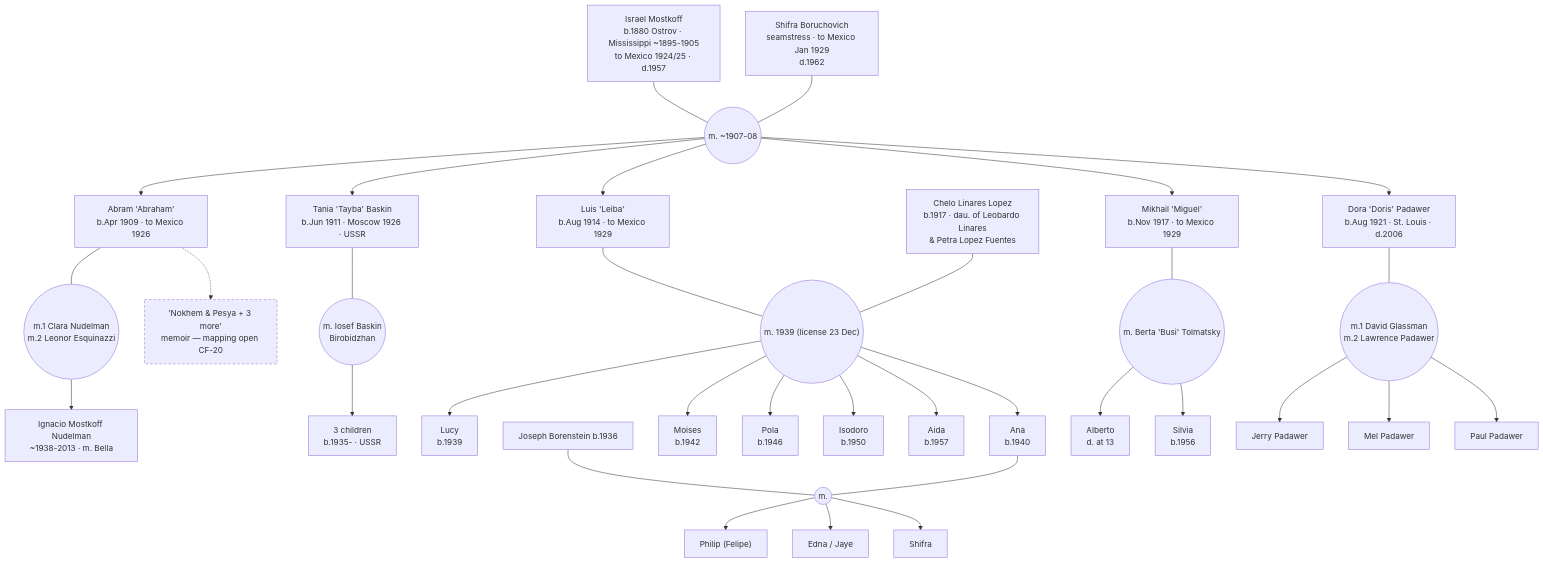
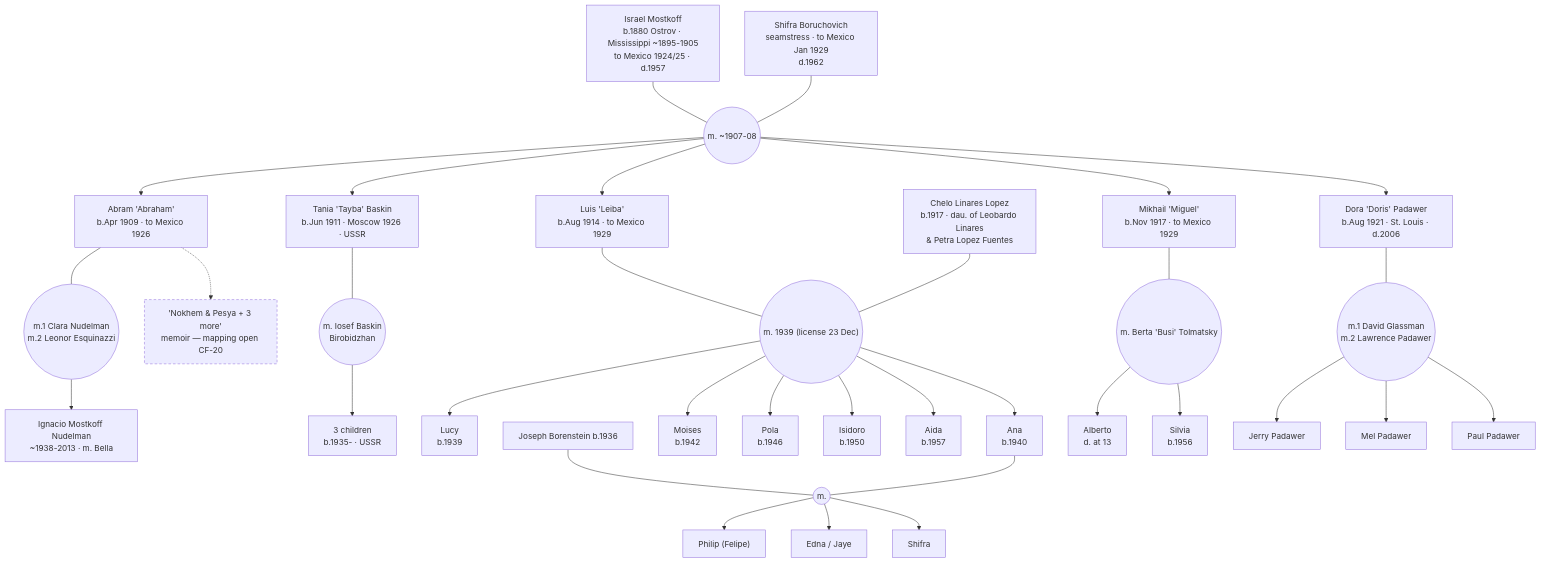
One commit to pborenstein/geneaology changed the fourth of 5 diagrams in data/family-tree.md. Above: the diagram before and after it, drawn with Mermaid. The commit also changed other lines of this file and 2 other files, not shown here.

Commit message:
fix(data): Isidoro spelling; CF-23 partially resolved — Prensa reports Hebrew names, Luis had no daughter Shifra (Philip); Shifra Borenstein named after great-grandmother Shifra Boruchovich

````diff
--- a/data/family-tree.md
+++ b/data/family-tree.md
@@ -150,43 +150,43 @@
 ```mermaid
 graph TD
     B04["Israel Mostkoff<br/>b.1880 Ostrov · Mississippi ~1895-1905<br/>to Mexico 1924/25 · d.1957"] --- MB0406(("m. ~1907-08"))
     C06["Shifra Boruchovich<br/>seamstress · to Mexico Jan 1929<br/>d.1962"] --- MB0406
     MB0406 --> B10["Abram 'Abraham'<br/>b.Apr 1909 · to Mexico 1926"]
     MB0406 --> B11["Tania 'Tayba' Baskin<br/>b.Jun 1911 · Moscow 1926 · USSR"]
     MB0406 --> B12["Luis 'Leiba'<br/>b.Aug 1914 · to Mexico 1929"]
     MB0406 --> B13["Mikhail 'Miguel'<br/>b.Nov 1917 · to Mexico 1929"]
     MB0406 --> B14["Dora 'Doris' Padawer<br/>b.Aug 1921 · St. Louis · d.2006"]
 
     B10 --- MB10C(("m.1 Clara Nudelman<br/>m.2 Leonor Esquinazzi"))
     MB10C --> B22["Ignacio Mostkoff Nudelman<br/>~1938-2013 · m. Bella"]
     B10 -.-> ABRAMKIDS["'Nokhem & Pesya + 3 more'<br/>memoir — mapping open CF-20"]
 
     B11 --- MB11B(("m. Iosef Baskin<br/>Birobidzhan"))
     MB11B --> TANIAKIDS["3 children<br/>b.1935- · USSR"]
 
     B12 --- MB1215(("m. 1939 (license 23 Dec)"))
     B15["Chelo Linares Lopez<br/>b.1917 · dau. of Leobardo Linares<br/>& Petra Lopez Fuentes"] --- MB1215
     MB1215 --> B16["Lucy<br/>b.1939"]
     MB1215 --> B17["Ana<br/>b.1940"]
     MB1215 --> B18["Moises<br/>b.1942"]
     MB1215 --> B19["Pola<br/>b.1946"]
-    MB1215 --> B20["Isodoro<br/>b.1950"]
+    MB1215 --> B20["Isidoro<br/>b.1950"]
     MB1215 --> B21["Aida<br/>b.1957"]
 
     A18["Joseph Borenstein b.1936"] --- MA1817(("m."))
     B17 --- MA1817
     MA1817 --> PHILIP["Philip (Felipe)"]
     MA1817 --> EDNA["Edna / Jaye"]
     MA1817 --> SHIFRA["Shifra"]
 
     B13 --- MB13B(("m. Berta 'Busi' Tolmatsky"))
     MB13B --> ALBERTO["Alberto<br/>d. at 13"]
     MB13B --> SILVIA["Silvia<br/>b.1956"]
 
     B14 --- MB14G(("m.1 David Glassman<br/>m.2 Lawrence Padawer"))
     MB14G --> JERRY["Jerry Padawer"]
     MB14G --> MEL["Mel Padawer"]
     MB14G --> PAUL["Paul Padawer"]
 
     style ABRAMKIDS stroke-dasharray:5 4
 ```
````
